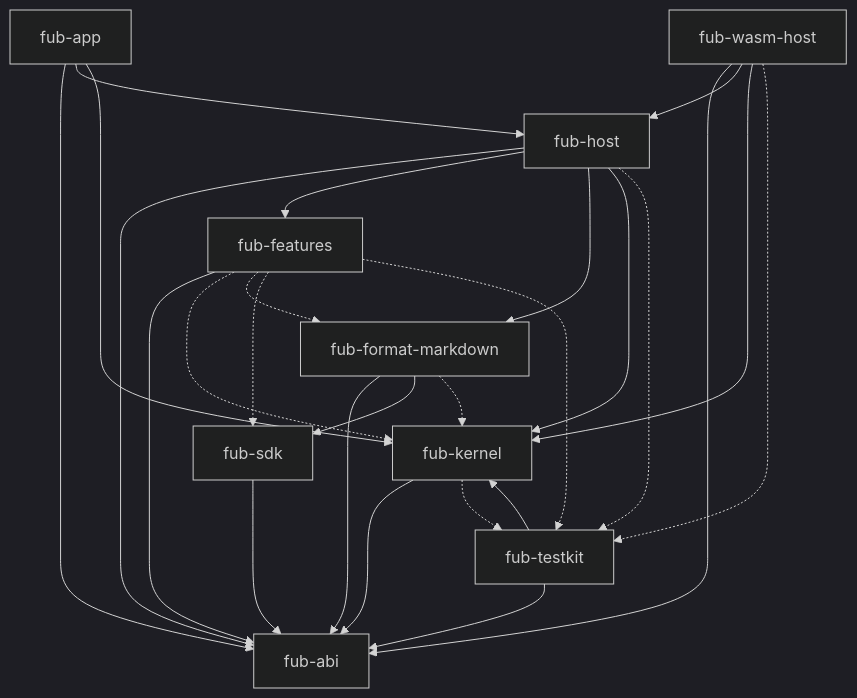
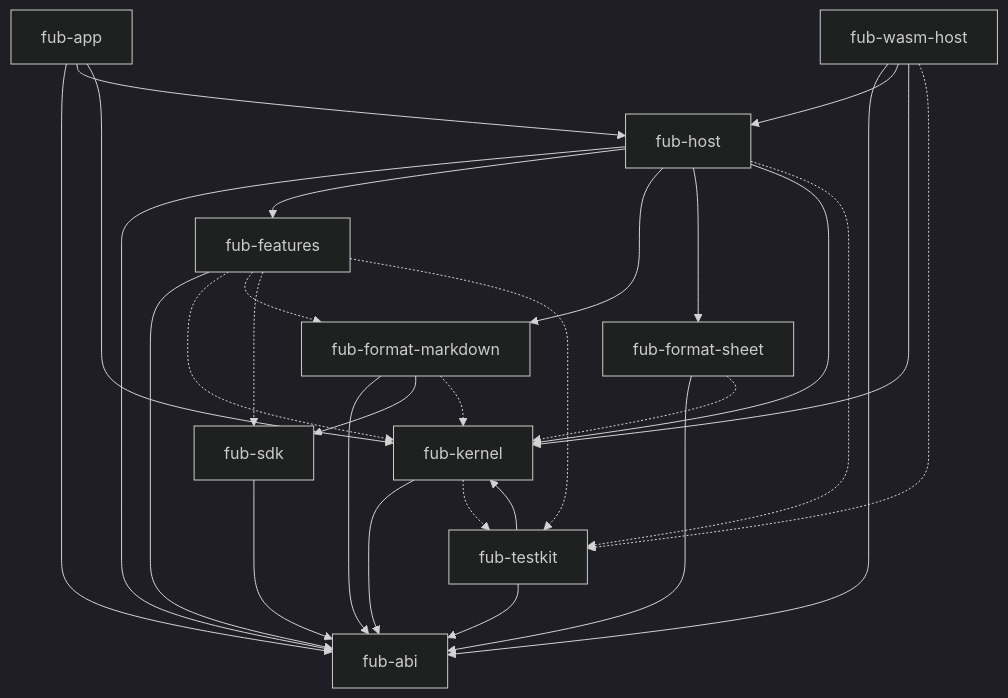
Before and after one commit to Fubeo/Fub: the first of 2 diagrams in docs/architecture/overview.md, drawn with Mermaid (dark theme). The commit also changed 21 other files, not shown here.

````diff
--- a/docs/architecture/overview.md
+++ b/docs/architecture/overview.md
@@ -28,42 +28,46 @@
 ```mermaid
 flowchart TD
     %% @grafo-dipendenze
     %% Questo blocco è confrontato con cargo metadata da dependency_invariant.rs.
 
     app["fub-app"]
     host["fub-host"]
     features["fub-features"]
     markdown["fub-format-markdown"]
+    sheet["fub-format-sheet"]
     wasmhost["fub-wasm-host"]
     sdk["fub-sdk"]
     testkit["fub-testkit"]
     kernel["fub-kernel"]
     abi["fub-abi"]
 
     app --> abi
     app --> host
     app --> kernel
     host --> abi
     host --> features
     host --> markdown
+    host --> sheet
     host --> kernel
     features --> abi
     markdown --> abi
     markdown --> sdk
+    sheet --> abi
     wasmhost --> abi
     wasmhost --> host
     wasmhost --> kernel
     kernel --> abi
     sdk --> abi
     testkit --> abi
     testkit --> kernel
 
     features -.-> kernel
     features -.-> markdown
     features -.-> sdk
     features -.-> testkit
     markdown -.-> kernel
+    sheet -.-> kernel
     kernel -.-> testkit
     host -.-> testkit
     wasmhost -.-> testkit
 ```
````
